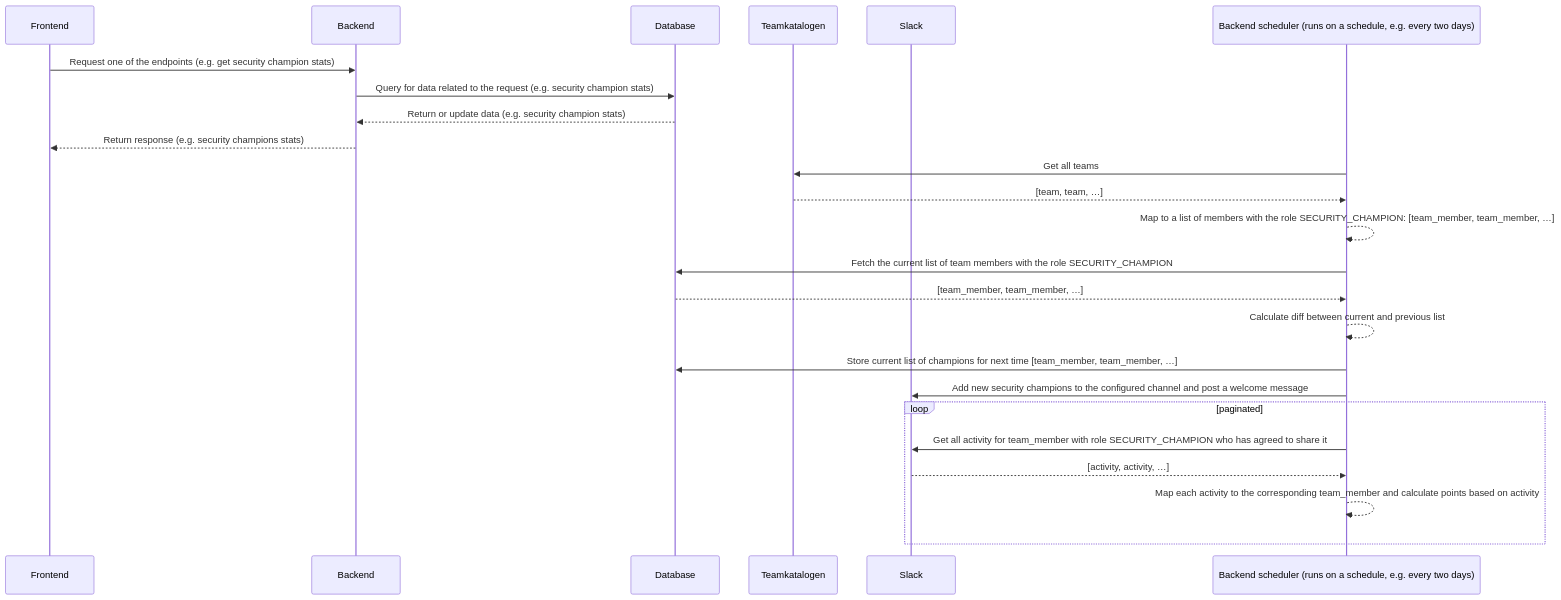
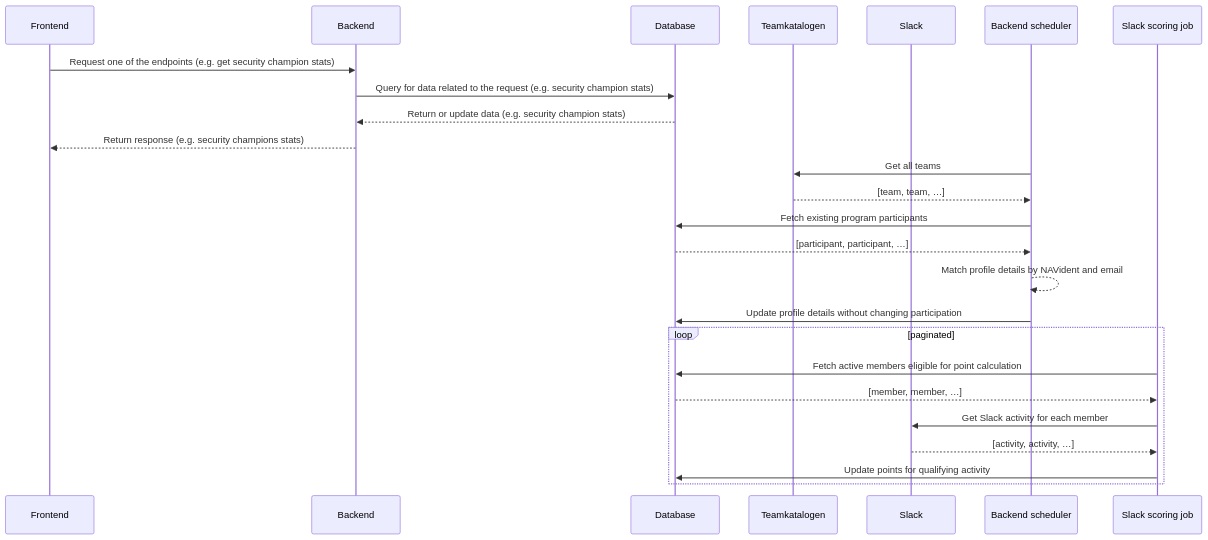
Before and after one commit to navikt/security-champion-stats: the diagram in apps/backend/Readme.md, drawn with Mermaid. The commit also changed other lines of this file and 45 other files, not shown here.

````diff
--- a/apps/backend/Readme.md
+++ b/apps/backend/Readme.md
@@ -13,28 +14,29 @@
 ```mermaid
 sequenceDiagram
     participant FE as Frontend
     participant BE as Backend
     participant DB as Database
     participant TK as Teamkatalogen
     participant Slack as Slack
-    participant BES as Backend scheduler (runs on a schedule, e.g. every two days)
+    participant BES as Backend scheduler
+    participant Scoring as Slack scoring job
 
     FE->>BE: Request one of the endpoints (e.g. get security champion stats)
     BE->>DB: Query for data related to the request (e.g. security champion stats)
     DB-->>BE: Return or update data (e.g. security champion stats)
     BE-->>FE: Return response (e.g. security champions stats)
     
     BES->>TK: Get all teams
     TK-->>BES: [team, team, …]
-    BES-->>BES: Map to a list of members with the role SECURITY_CHAMPION: [team_member, team_member, …]
-    BES->>DB: Fetch the current list of team members with the role SECURITY_CHAMPION
-    DB-->>BES: [team_member, team_member, …]
-    BES-->>BES: Calculate diff between current and previous list
-    BES->>DB: Store current list of champions for next time [team_member, team_member, …]
-    BES->>Slack: Add new security champions to the configured channel and post a welcome message
+    BES->>DB: Fetch existing program participants
+    DB-->>BES: [participant, participant, …]
+    BES-->>BES: Match profile details by NAVident and email
+    BES->>DB: Update profile details without changing participation
     loop paginated
-        BES->>Slack: Get all activity for team_member with role SECURITY_CHAMPION who has agreed to share it
-        Slack-->>BES: [activity, activity, …]
-        BES-->>BES: Map each activity to the corresponding team_member and calculate points based on activity
+        Scoring->>DB: Fetch active members eligible for point calculation
+        DB-->>Scoring: [member, member, …]
+        Scoring->>Slack: Get Slack activity for each member
+        Slack-->>Scoring: [activity, activity, …]
+        Scoring->>DB: Update points for qualifying activity
     end    
 ```
````
